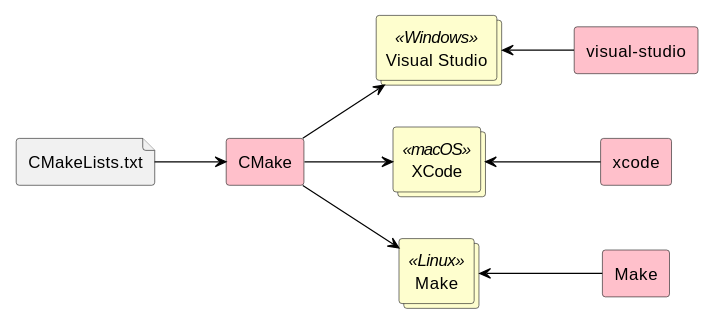
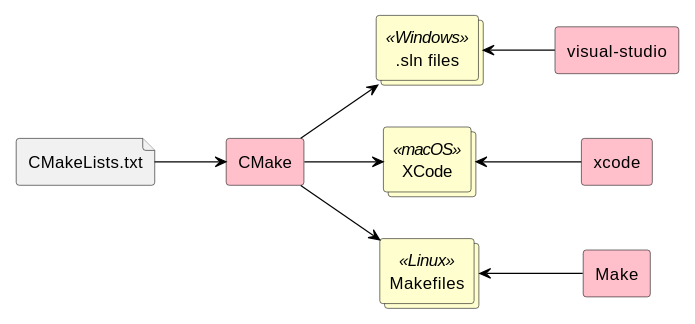
Before and after one commit to mredenti/ModernCMake: the diagram in slides/episodes/introduction.md, drawn with PlantUML. The commit also changed other lines of this file, not shown here.

````diff
--- a/slides/episodes/introduction.md
+++ b/slides/episodes/introduction.md
@@ -271,41 +271,41 @@
 ```plantuml
 left to right direction
 skinparam PackagePadding 2
 skinparam BoxPadding 2
 skinparam NodePadding 2
 skinparam style strictuml
 skinparam padding 0
 scale 0.8
 
 skinparam rectangle {
   BackgroundColor<<Windows>> LightBlue
   BackgroundColor<<macOS>> LightBlue
   BackgroundColor<<Linux>> LightBlue
-  BackgroundColor<<Tool>> Pink
+  BackgroundColor<<Tool>> Green
 }
 
 skinparam Arrow {
   Color Black
 }
 
 file "CMakeLists.txt" as ST
 rectangle "CMake" as CM #Pink
 
-collections "Visual Studio" as VS <<Windows>> #FEFECE
+collections ".sln files" as VS <<Windows>> #FEFECE
 collections "XCode" as XC <<macOS>> #FEFECE
-collections "Make" as MK <<Linux>> #FEFECE
+collections "Makefiles" as MK <<Linux>> #FEFECE
 
 rectangle "Make" as make #Pink
 rectangle "xcode" as xcode #Pink
 rectangle "visual-studio" as visual #Pink
 
 ST --> CM
 
 CM --> VS
 CM --> XC
 CM --> MK
 
 MK <-- make 
 XC <-- xcode
 VS <-- visual
 ```
````
